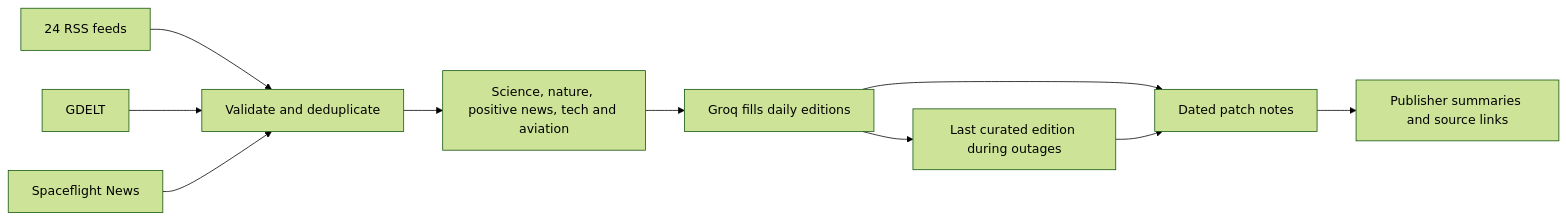
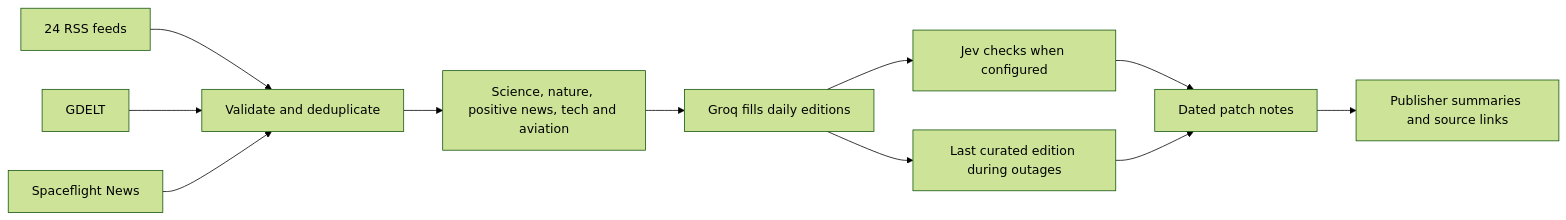
One commit to byalex33/changelog.earth changed the diagram in README.md. Above: the diagram before and after it, drawn with Mermaid (forest theme). The commit also changed other lines of this file and 15 other files, not shown here.

Commit message:
Add RSS subscriptions, Orbit loading and Jev editorial checks

````diff
--- a/README.md
+++ b/README.md
@@ -63,12 +68,13 @@
 ```mermaid
 flowchart LR
     A[24 RSS feeds] --> D[Validate and deduplicate]
     B[GDELT] --> D
     C[Spaceflight News] --> D
     D --> E[Science, nature, positive news, tech and aviation]
     E --> F[Groq fills daily editions]
-    F --> G[Dated patch notes]
+    F --> J[Jev checks when configured]
+    J --> G[Dated patch notes]
     F --> H[Last curated edition during outages]
     H --> G
     G --> I[Publisher summaries and source links]
 ```
````
